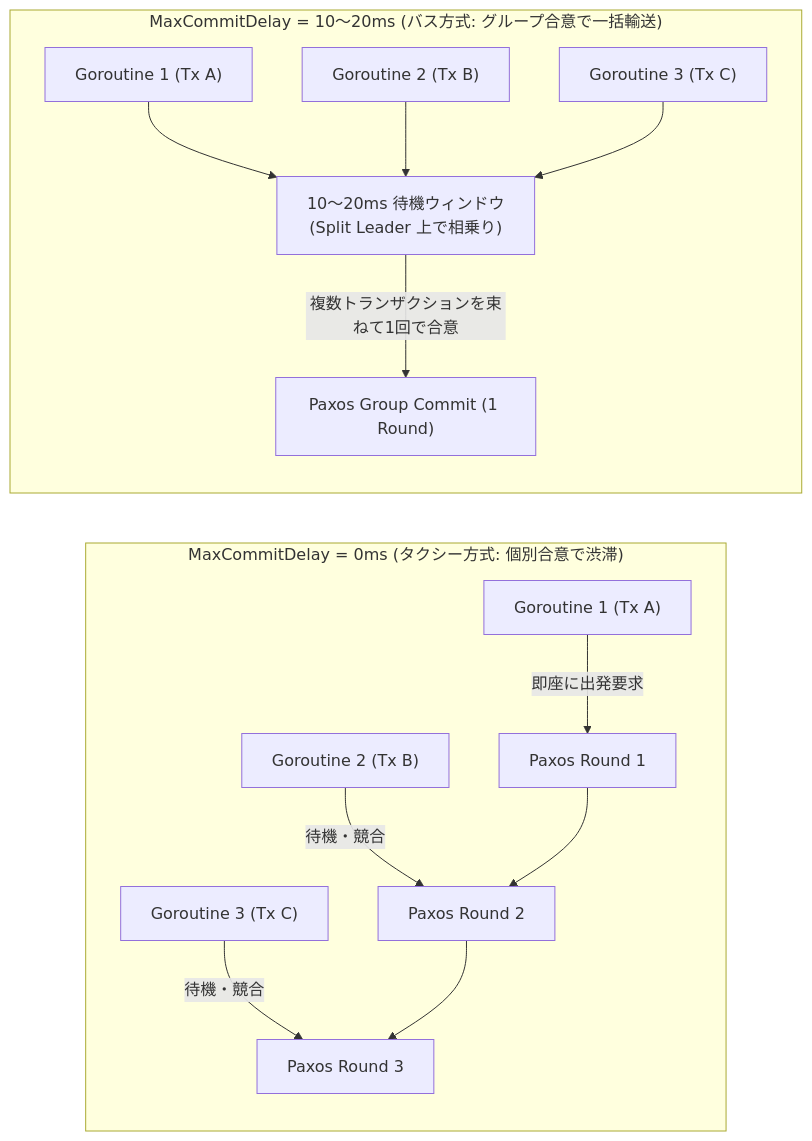
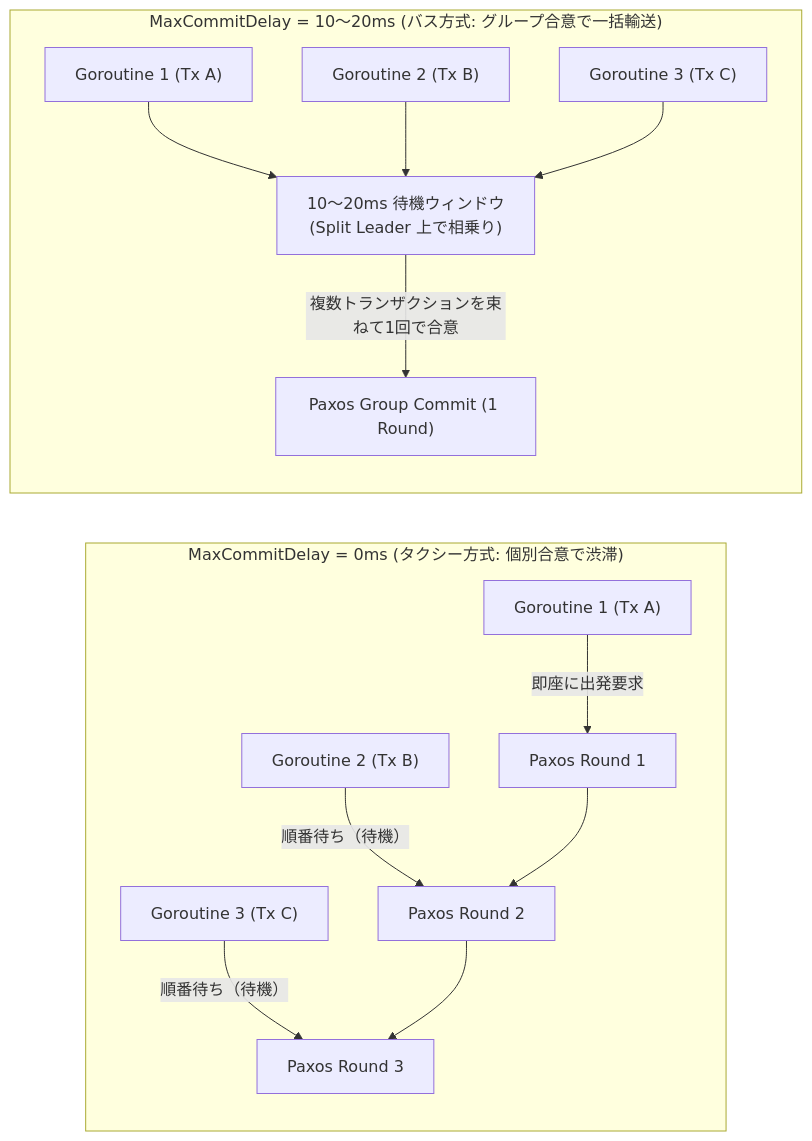
Before and after one commit to michity15169/zenn-content: the fifth of 6 diagrams in articles/7aad16e9b5760d.md, drawn with Mermaid. The commit also changed other lines of this file, not shown here.

Commit message:
docs: MaxCommitDelayセクションの『競合』表現を『オーバーヘッド』『順番待ち（待機）』へ修正

````diff
--- a/articles/7aad16e9b5760d.md
+++ b/articles/7aad16e9b5760d.md
@@ -539,18 +539,18 @@
 ```mermaid
 flowchart LR
     subgraph Default ["MaxCommitDelay = 0ms (タクシー方式: 個別合意で渋滞)"]
         direction TB
         T1["Goroutine 1 (Tx A)"] -->|"即座に出発要求"| P1["Paxos Round 1"]
-        T2["Goroutine 2 (Tx B)"] -->|"待機・競合"| P2["Paxos Round 2"]
-        T3["Goroutine 3 (Tx C)"] -->|"待機・競合"| P3["Paxos Round 3"]
+        T2["Goroutine 2 (Tx B)"] -->|"順番待ち（待機）"| P2["Paxos Round 2"]
+        T3["Goroutine 3 (Tx C)"] -->|"順番待ち（待機）"| P3["Paxos Round 3"]
         P1 --> P2 --> P3
     end
 
     subgraph Optimized ["MaxCommitDelay = 10〜20ms (バス方式: グループ合意で一括輸送)"]
         direction TB
         O1["Goroutine 1 (Tx A)"] --> W["10〜20ms 待機ウィンドウ\n(Split Leader 上で相乗り)"]
         O2["Goroutine 2 (Tx B)"] --> W
         O3["Goroutine 3 (Tx C)"] --> W
         W -->|"複数トランザクションを束ねて1回で合意"| PG["Paxos Group Commit (1 Round)"]
     end
 ```
````
